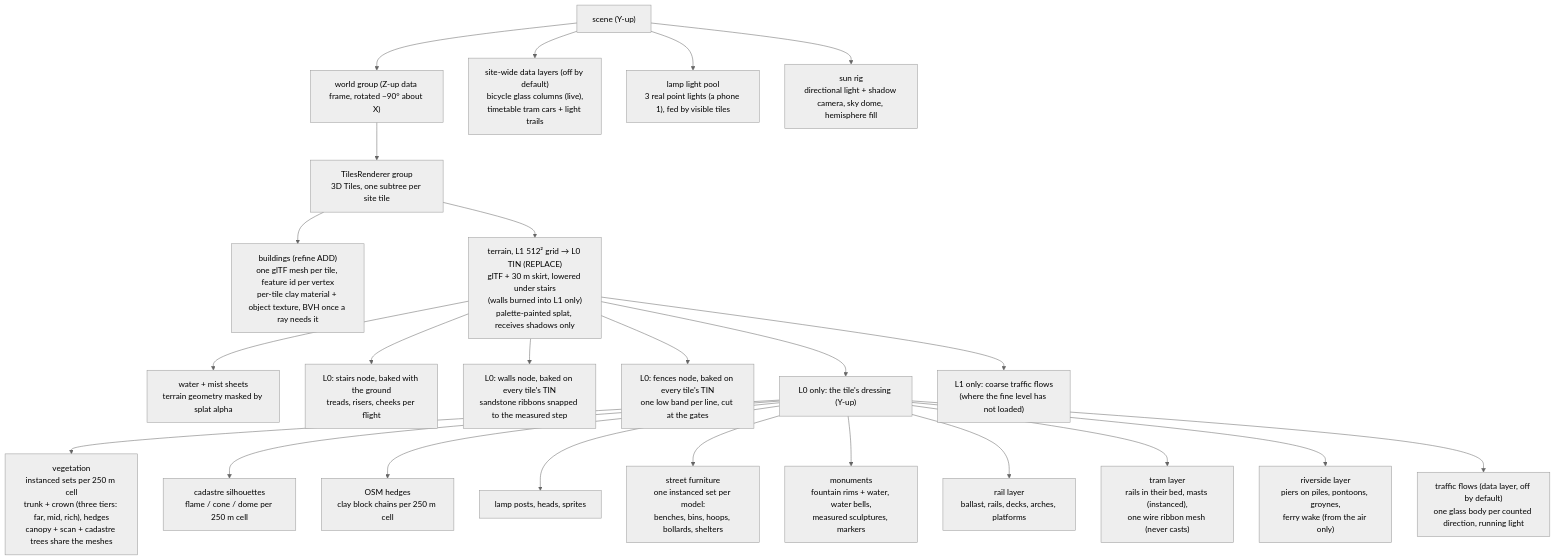
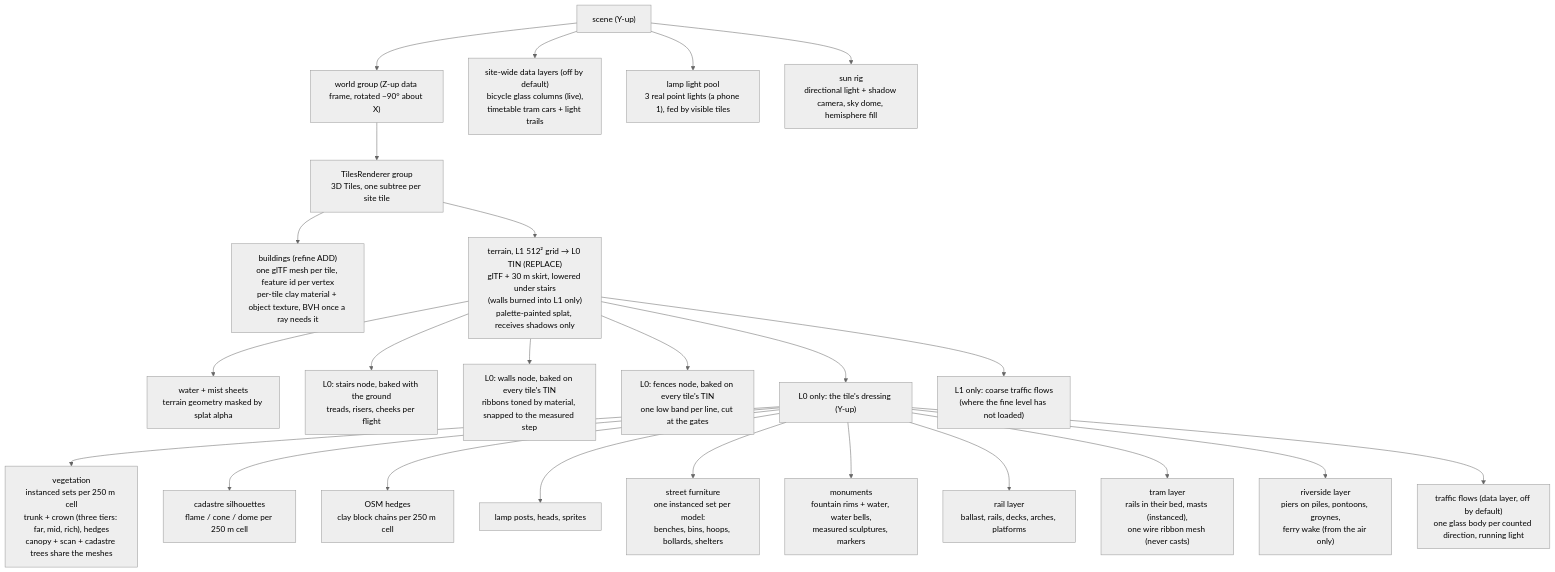
One commit to mdugue/bridge changed the first of 2 diagrams in docs/rendering.md. Above: the diagram before and after it, drawn with Mermaid (neutral theme). The commit also changed other lines of this file and 29 other files, not shown here.

````diff
--- a/docs/rendering.md
+++ b/docs/rendering.md
@@ -25,29 +25,29 @@
 ```mermaid
 flowchart TB
   SCENE["scene (Y-up)"]
   WORLD["world group (Z-up data frame, rotated −90° about X)"]
   TILES["TilesRenderer group<br/>3D Tiles, one subtree per site tile"]
   SCENE --> WORLD
   WORLD --> TILES
   TILES --> CITY["buildings (refine ADD)<br/>one glTF mesh per tile, feature id per vertex<br/>per-tile clay material + object texture, BVH once a ray needs it"]
   TILES --> TER["terrain, L1 512² grid → L0 TIN (REPLACE)<br/>glTF + 30 m skirt, lowered under stairs<br/>(walls burned into L1 only)<br/>palette-painted splat, receives shadows only"]
   TER --> WAT["water + mist sheets<br/>terrain geometry masked by splat alpha"]
   TER --> STAIR["L0: stairs node, baked with the ground<br/>treads, risers, cheeks per flight"]
-  TER --> WALL["L0: walls node, baked on every tile's TIN<br/>sandstone ribbons snapped to the measured step"]
+  TER --> WALL["L0: walls node, baked on every tile's TIN<br/>ribbons toned by material, snapped to the measured step"]
   TER --> FENCE["L0: fences node, baked on every tile's TIN<br/>one low band per line, cut at the gates"]
   TER --> DRESS["L0 only: the tile's dressing (Y-up)"]
   DRESS --> VEG["vegetation<br/>instanced sets per 250 m cell<br/>trunk + crown (three tiers: far, mid, rich), hedges<br/>canopy + scan + cadastre trees share the meshes"]
   DRESS --> INV["cadastre silhouettes<br/>flame / cone / dome per 250 m cell"]
   DRESS --> LOW["OSM hedges<br/>clay block chains per 250 m cell"]
   DRESS --> LAMP["lamp posts, heads, sprites"]
   DRESS --> FURN["street furniture<br/>one instanced set per model:<br/>benches, bins, hoops, bollards, shelters"]
   DRESS --> MON["monuments<br/>fountain rims + water, water bells,<br/>measured sculptures, markers"]
   DRESS --> RAIL["rail layer<br/>ballast, rails, decks, arches, platforms"]
   DRESS --> TRAM["tram layer<br/>rails in their bed, masts (instanced),<br/>one wire ribbon mesh (never casts)"]
   DRESS --> RIV["riverside layer<br/>piers on piles, pontoons, groynes,<br/>ferry wake (from the air only)"]
   DRESS --> TRAF["traffic flows (data layer, off by default)<br/>one glass body per counted direction, running light"]
   TER --> TRAFC["L1 only: coarse traffic flows<br/>(where the fine level has not loaded)"]
   SCENE --> DATA["site-wide data layers (off by default)<br/>bicycle glass columns (live),<br/>timetable tram cars + light trails"]
   SCENE --> LIGHTS["lamp light pool<br/>3 real point lights (a phone 1), fed by visible tiles"]
   SCENE --> SUN["sun rig<br/>directional light + shadow camera, sky dome, hemisphere fill"]
 ```
````
